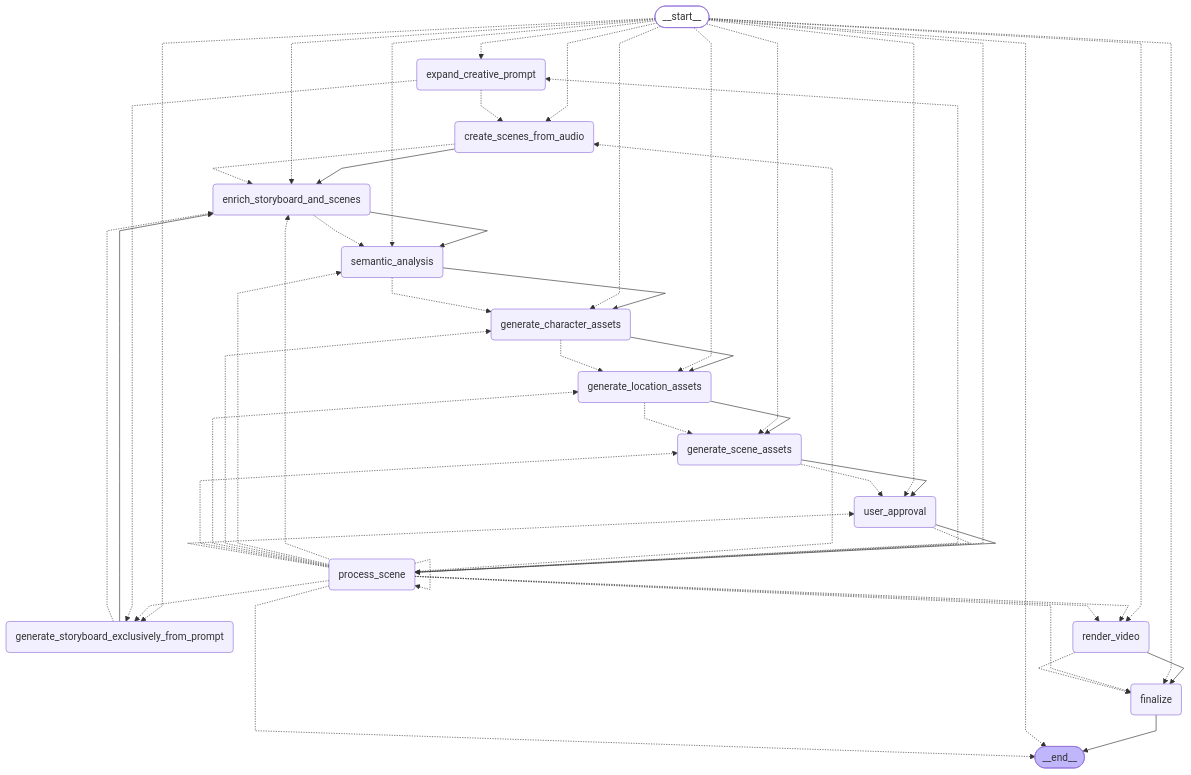
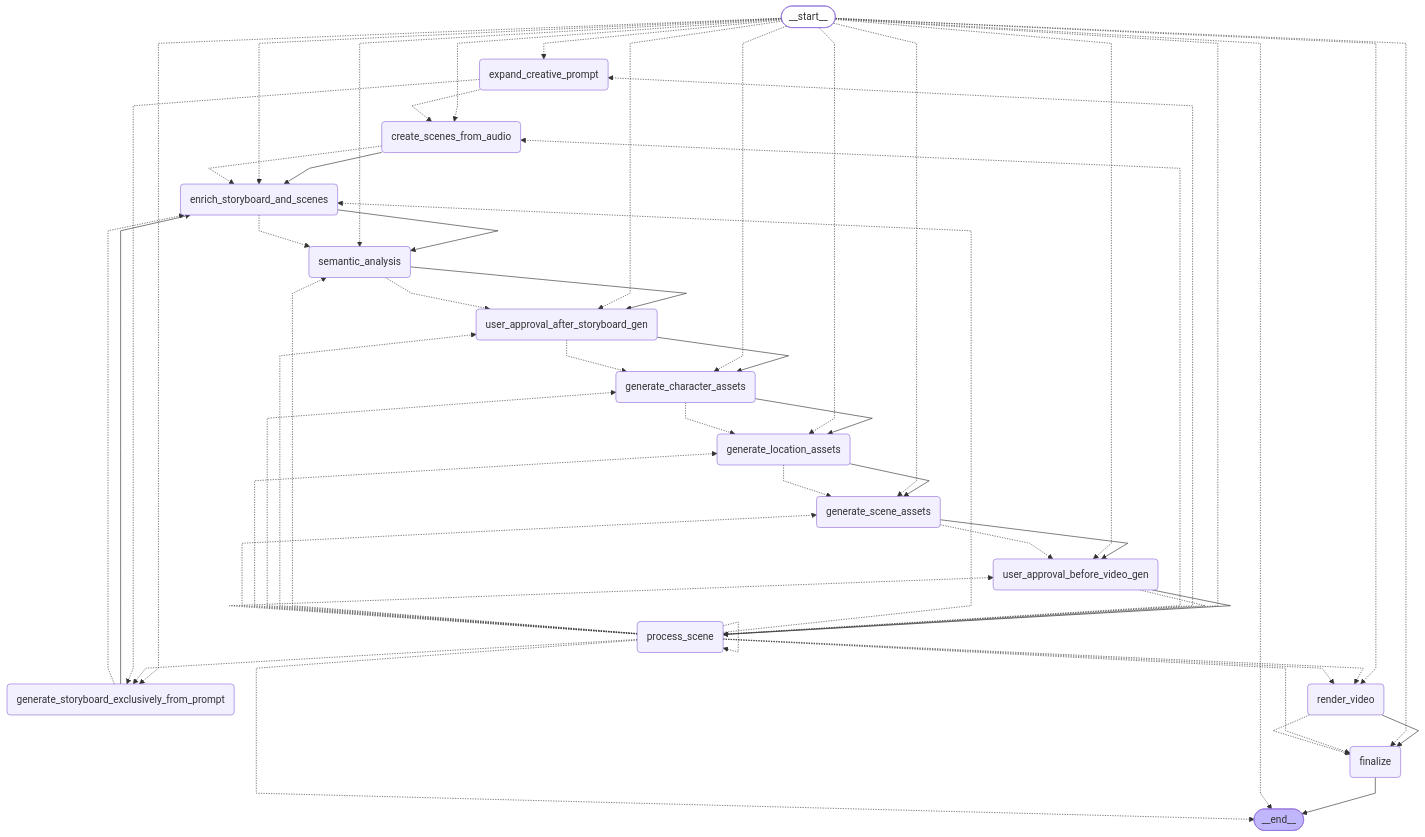
Before and after one commit to DigitalCreationsCo/cinematic-canvas: the diagram in docs/graph_structure.mmd, drawn with Mermaid. The commit also changed 24 other files, not shown here.

```diff
--- a/docs/graph_structure.mmd
+++ b/docs/graph_structure.mmd
@@ -1,67 +1,72 @@
 %%{init: {'flowchart': {'curve': 'linear'}}}%%
 graph TD;
 	__start__([<p>__start__</p>]):::first
 	expand_creative_prompt(expand_creative_prompt)
 	generate_storyboard_exclusively_from_prompt(generate_storyboard_exclusively_from_prompt)
 	create_scenes_from_audio(create_scenes_from_audio)
 	enrich_storyboard_and_scenes(enrich_storyboard_and_scenes)
 	semantic_analysis(semantic_analysis)
+	user_approval_after_storyboard_gen(user_approval_after_storyboard_gen)
 	generate_character_assets(generate_character_assets)
 	generate_location_assets(generate_location_assets)
 	generate_scene_assets(generate_scene_assets)
-	user_approval(user_approval)
+	user_approval_before_video_gen(user_approval_before_video_gen)
 	process_scene(process_scene)
 	render_video(render_video)
 	finalize(finalize)
 	__end__([<p>__end__</p>]):::last
 	create_scenes_from_audio --> enrich_storyboard_and_scenes;
 	enrich_storyboard_and_scenes --> semantic_analysis;
 	finalize --> __end__;
 	generate_character_assets --> generate_location_assets;
 	generate_location_assets --> generate_scene_assets;
-	generate_scene_assets --> user_approval;
+	generate_scene_assets --> user_approval_before_video_gen;
 	generate_storyboard_exclusively_from_prompt --> enrich_storyboard_and_scenes;
 	render_video --> finalize;
-	semantic_analysis --> generate_character_assets;
-	user_approval --> process_scene;
+	semantic_analysis --> user_approval_after_storyboard_gen;
+	user_approval_after_storyboard_gen --> generate_character_assets;
+	user_approval_before_video_gen --> process_scene;
 	__start__ -.-> expand_creative_prompt;
 	__start__ -.-> generate_storyboard_exclusively_from_prompt;
 	__start__ -.-> create_scenes_from_audio;
 	__start__ -.-> enrich_storyboard_and_scenes;
 	__start__ -.-> semantic_analysis;
+	__start__ -.-> user_approval_after_storyboard_gen;
 	__start__ -.-> generate_character_assets;
 	__start__ -.-> generate_location_assets;
 	__start__ -.-> generate_scene_assets;
-	__start__ -.-> user_approval;
+	__start__ -.-> user_approval_before_video_gen;
 	__start__ -.-> process_scene;
 	__start__ -.-> render_video;
 	__start__ -.-> finalize;
 	__start__ -.-> __end__;
 	process_scene -.-> expand_creative_prompt;
 	process_scene -.-> generate_storyboard_exclusively_from_prompt;
 	process_scene -.-> create_scenes_from_audio;
 	process_scene -.-> enrich_storyboard_and_scenes;
 	process_scene -.-> semantic_analysis;
+	process_scene -.-> user_approval_after_storyboard_gen;
 	process_scene -.-> generate_character_assets;
 	process_scene -.-> generate_location_assets;
 	process_scene -.-> generate_scene_assets;
-	process_scene -.-> user_approval;
+	process_scene -.-> user_approval_before_video_gen;
 	process_scene -.-> render_video;
 	process_scene -.-> finalize;
 	process_scene -.-> __end__;
 	expand_creative_prompt -.-> create_scenes_from_audio;
 	expand_creative_prompt -.-> generate_storyboard_exclusively_from_prompt;
 	generate_storyboard_exclusively_from_prompt -.-> enrich_storyboard_and_scenes;
 	create_scenes_from_audio -.-> enrich_storyboard_and_scenes;
 	enrich_storyboard_and_scenes -.-> semantic_analysis;
-	semantic_analysis -.-> generate_character_assets;
+	semantic_analysis -.-> user_approval_after_storyboard_gen;
+	user_approval_after_storyboard_gen -.-> generate_character_assets;
 	generate_character_assets -.-> generate_location_assets;
 	generate_location_assets -.-> generate_scene_assets;
-	generate_scene_assets -.-> user_approval;
-	user_approval -.-> process_scene;
+	generate_scene_assets -.-> user_approval_before_video_gen;
+	user_approval_before_video_gen -.-> process_scene;
 	process_scene -.-> render_video;
 	render_video -.-> finalize;
 	process_scene -.-> process_scene;
 	classDef default fill:#f2f0ff,line-height:1.2;
 	classDef first fill-opacity:0;
 	classDef last fill:#bfb6fc;
```
